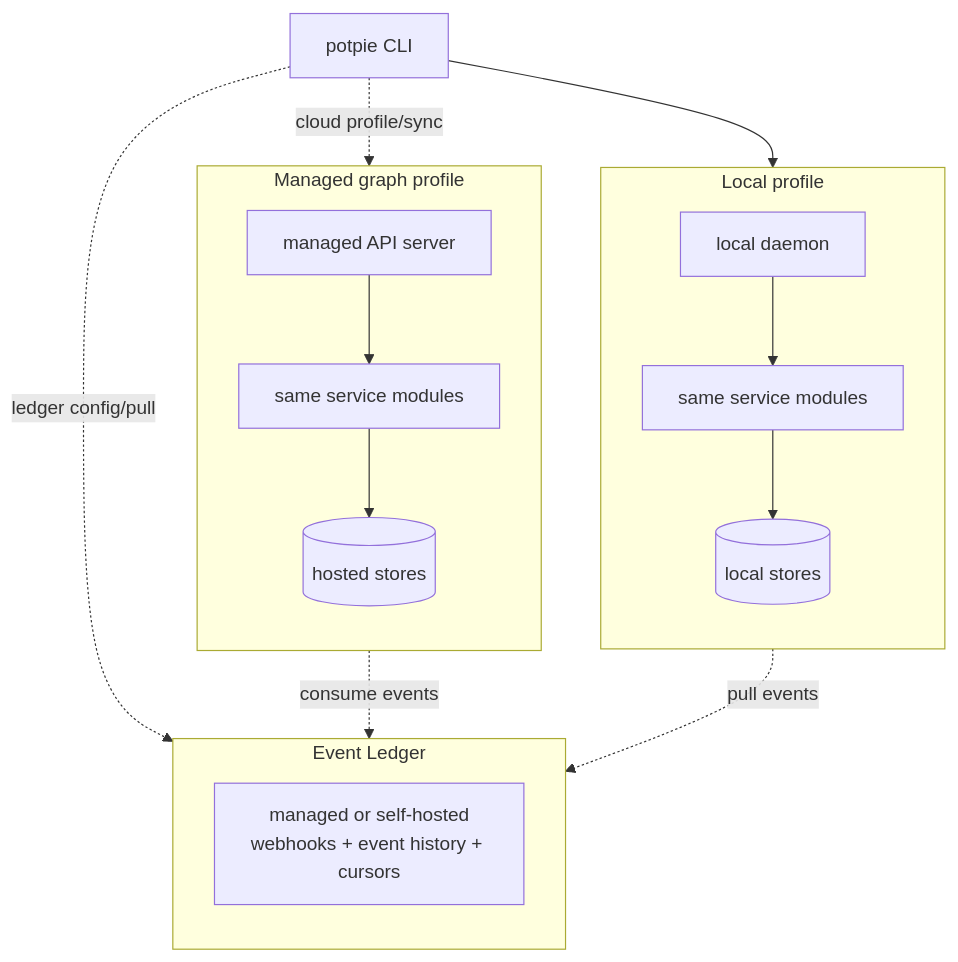
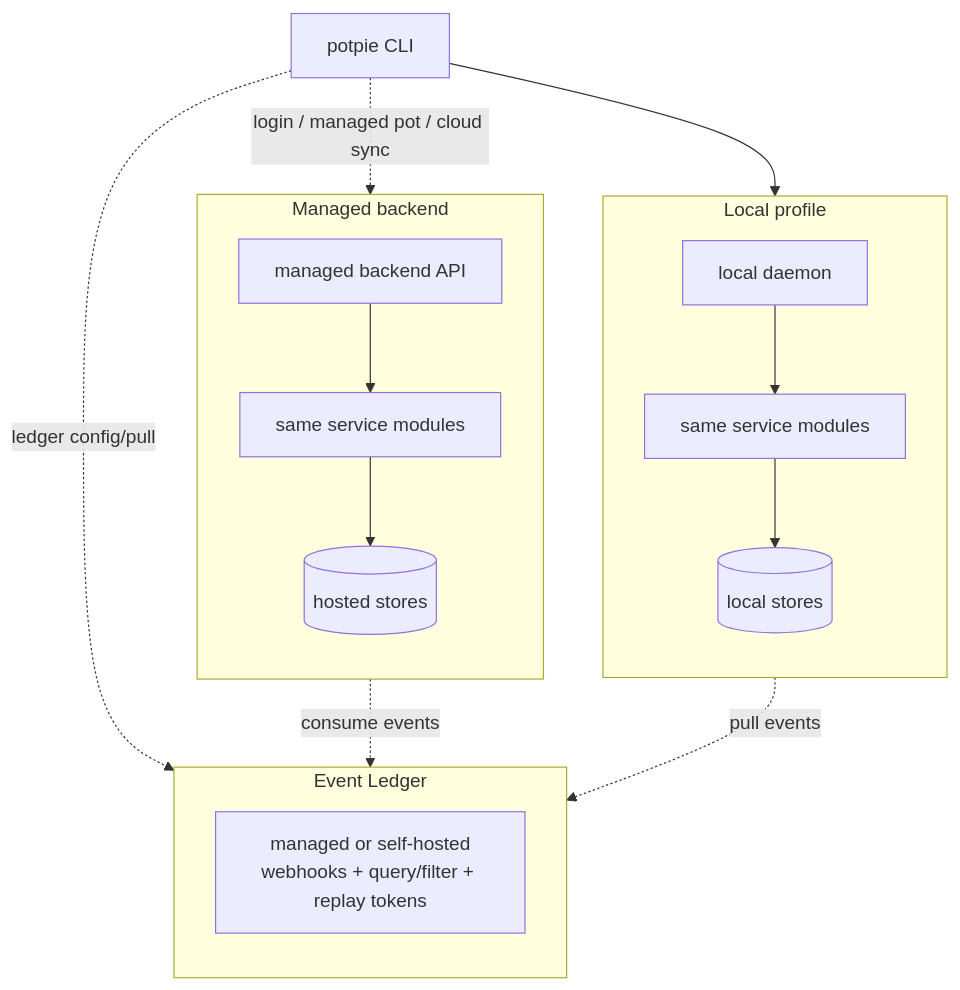
Before and after one commit to potpie-ai/potpie: the diagram in docs/context-graph/README.md, drawn with Mermaid. The commit also changed other lines of this file and 138 other files, not shown here.

````diff
--- a/docs/context-graph/README.md
+++ b/docs/context-graph/README.md
@@ -11,31 +11,31 @@
 ```mermaid
 flowchart TB
   cg_cli["potpie CLI"]
 
   subgraph cg_local_profile["Local profile"]
     direction TB
     cg_local_daemon["local daemon"]
     cg_local_services["same service modules"]
     cg_local_store[("local stores")]
     cg_local_daemon --> cg_local_services --> cg_local_store
   end
 
-  subgraph cg_managed_profile["Managed graph profile"]
+  subgraph cg_managed_profile["Managed backend"]
     direction TB
-    cg_managed_api["managed API server"]
+    cg_managed_api["managed backend API"]
     cg_managed_services["same service modules"]
     cg_hosted_store[("hosted stores")]
     cg_managed_api --> cg_managed_services --> cg_hosted_store
   end
 
   subgraph cg_event_ledger["Event Ledger"]
     direction TB
-    cg_ledger["managed or self-hosted<br/>webhooks + event history + cursors"]
+    cg_ledger["managed or self-hosted<br/>webhooks + query/filter + replay tokens"]
   end
 
   cg_cli --> cg_local_daemon
-  cg_cli -. "cloud profile/sync" .-> cg_managed_api
+  cg_cli -. "login / managed pot / cloud sync" .-> cg_managed_api
   cg_cli -. "ledger config/pull" .-> cg_ledger
   cg_local_services -. "pull events" .-> cg_ledger
   cg_managed_services -. "consume events" .-> cg_ledger
 ```
````
